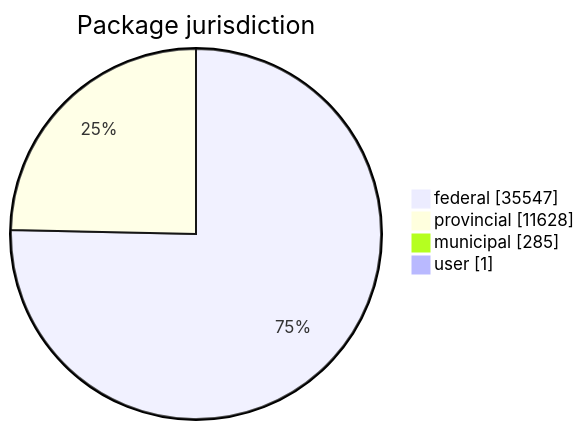
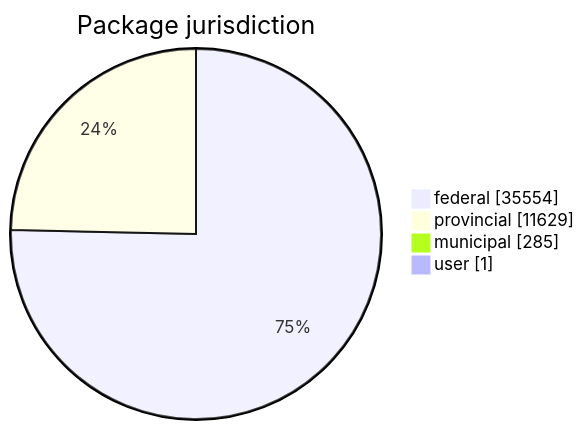
Before and after one commit to open-data/analytics-corporate-reporting: the first of 5 diagrams in FreshCheck/README.md, drawn with Mermaid. The commit also changed other lines of this file and 3 other files, not shown here.

````diff
--- a/FreshCheck/README.md
+++ b/FreshCheck/README.md
@@ -60,7 +60,7 @@
 ```mermaid
 pie showData title Package jurisdiction
-    "federal": 35547
-    "provincial": 11628
+    "federal": 35554
+    "provincial": 11629
     "municipal": 285
     "user": 1
 ```
````
